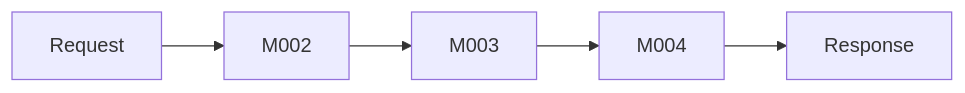
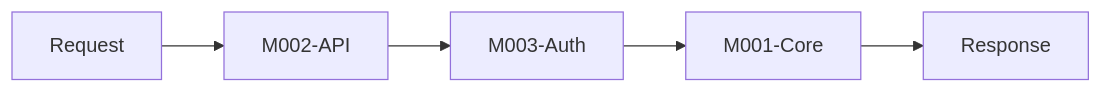
Before and after one commit to aiimoyu/hyper-designer: the third of 3 diagrams in src/builtin/skills/project-to-skill/references/Stage2-Modules.md, drawn with Mermaid. The commit also changed other lines of this file and 5 other files, not shown here.

````diff
--- a/src/builtin/skills/project-to-skill/references/Stage2-Modules.md
+++ b/src/builtin/skills/project-to-skill/references/Stage2-Modules.md
@@ -144,7 +230,7 @@
 ```mermaid
 graph LR
-    Request --> M002
-    M002 --> M003
-    M003 --> M004
-    M004 --> Response
+    Request --> M002[M002-API]
+    M002 --> M003[M003-Auth]
+    M003 --> M001[M001-Core]
+    M001 --> Response
 ```
````
